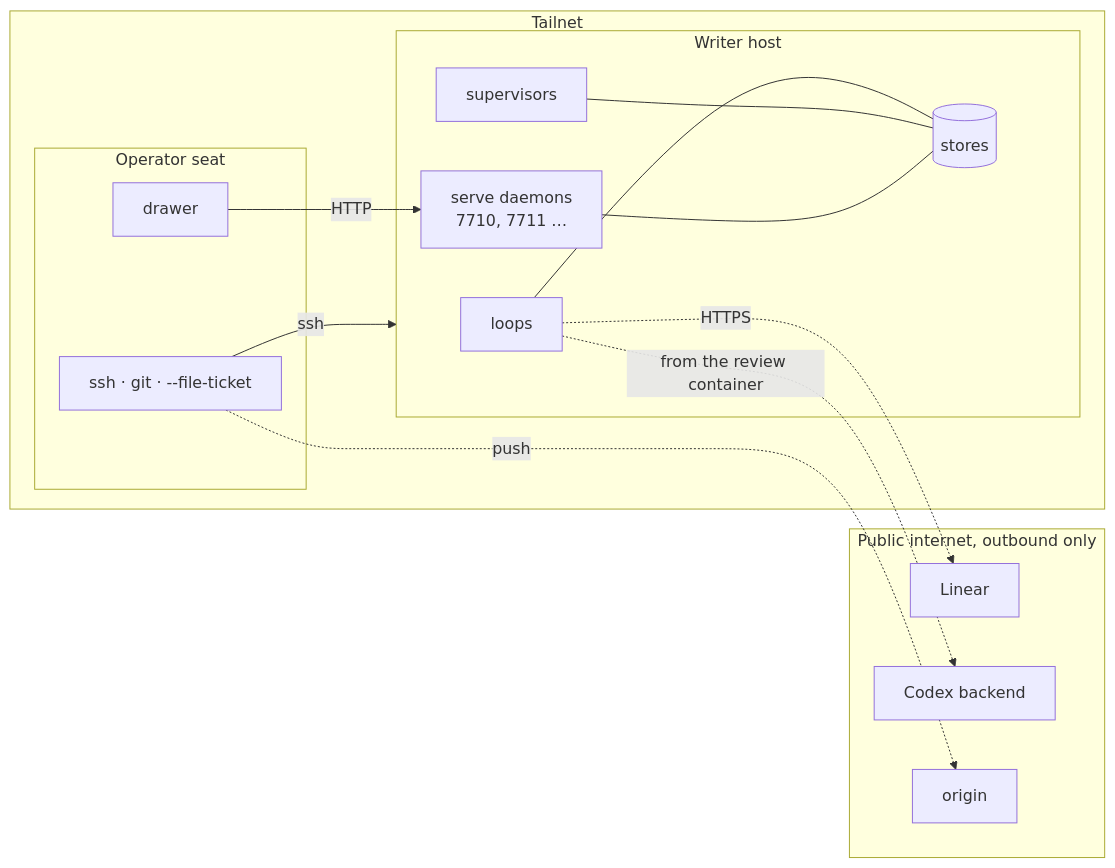
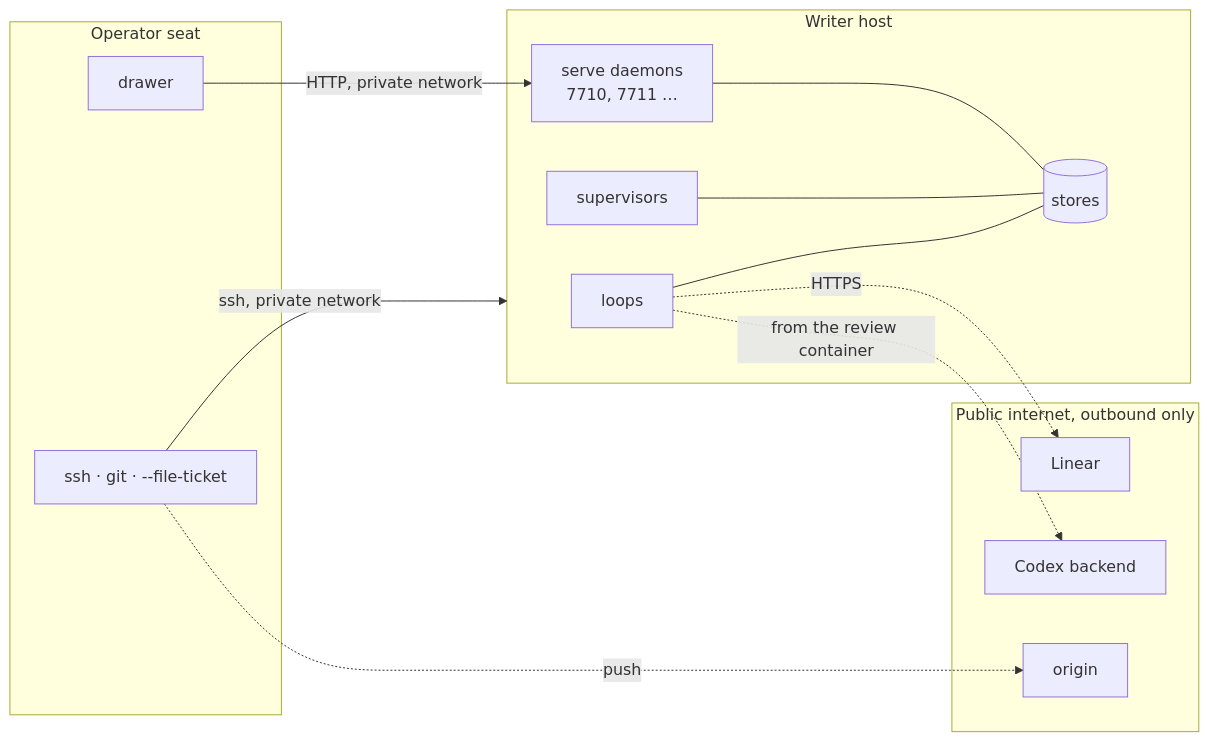
The diagram in docs/operating/hosts.md (wevial/holophyte), drawn with Mermaid before and after one commit. The commit also changed other lines of this file and 12 other files, not shown here.

````diff
--- a/docs/operating/hosts.md
+++ b/docs/operating/hosts.md
@@ -9,24 +17,22 @@
 ```mermaid
 flowchart LR
-  subgraph tailnet[Tailnet]
-    subgraph seat[Operator seat]
-      DR[drawer]
-      OP[ssh · git · --file-ticket]
-    end
-    subgraph writer[Writer host]
-      L[loops] --- ST[(stores)]
-      S[supervisors] --- ST
-      D[serve daemons\n7710, 7711 …] --- ST
-    end
+  subgraph seat[Operator seat]
+    DR[drawer]
+    OP[ssh · git · --file-ticket]
+  end
+  subgraph writer[Writer host]
+    L[loops] --- ST[(stores)]
+    S[supervisors] --- ST
+    D[serve daemons\n7710, 7711 …] --- ST
   end
   subgraph internet[Public internet, outbound only]
     LIN[Linear]
     CDX[Codex backend]
     GH[origin]
   end
-  DR -- HTTP --> D
-  OP -- ssh --> writer
+  DR -- HTTP, private network --> D
+  OP -- ssh, private network --> writer
   L -. HTTPS .-> LIN
   L -. from the review container .-> CDX
   OP -. push .-> GH
 ```
````
